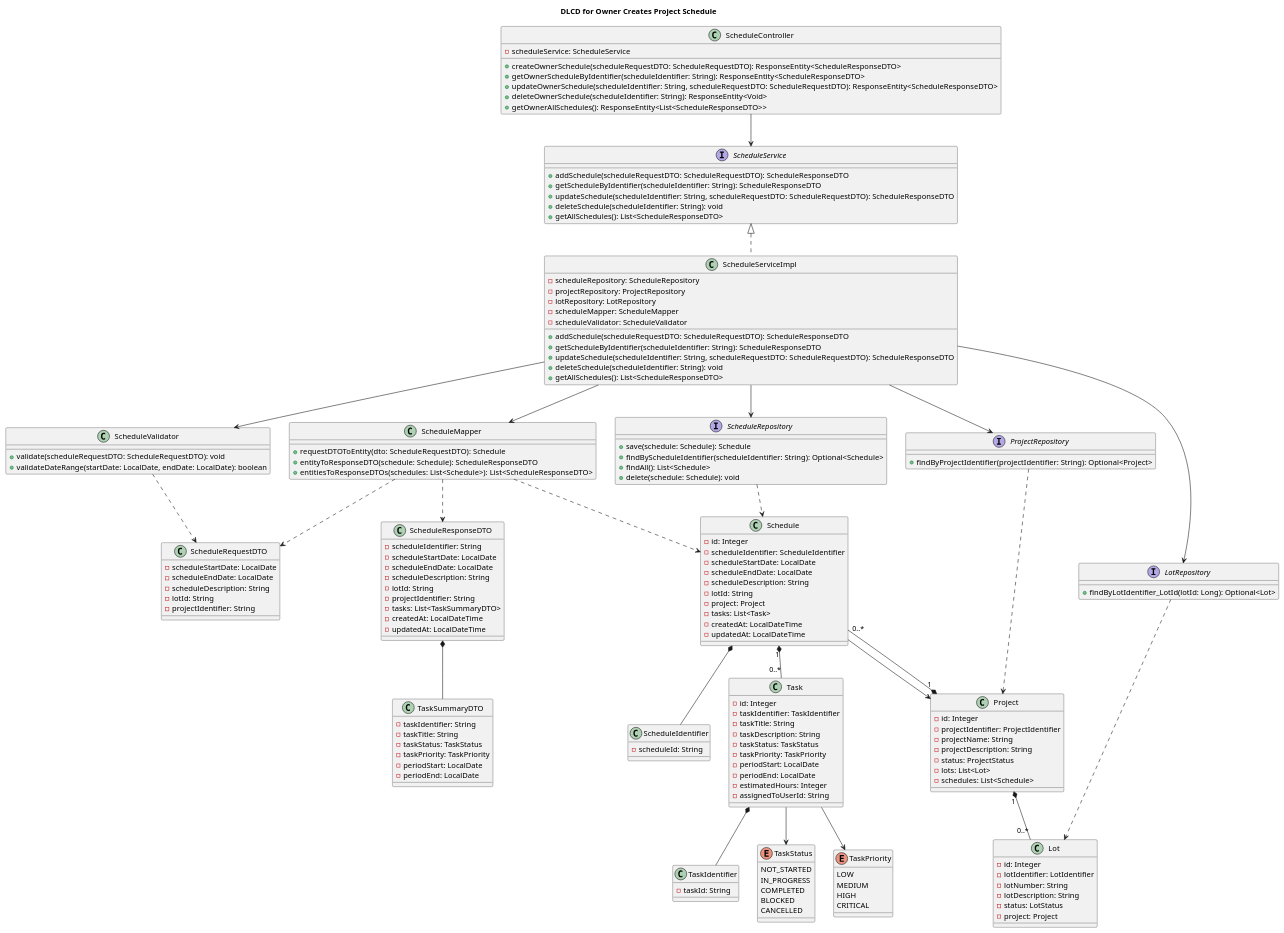
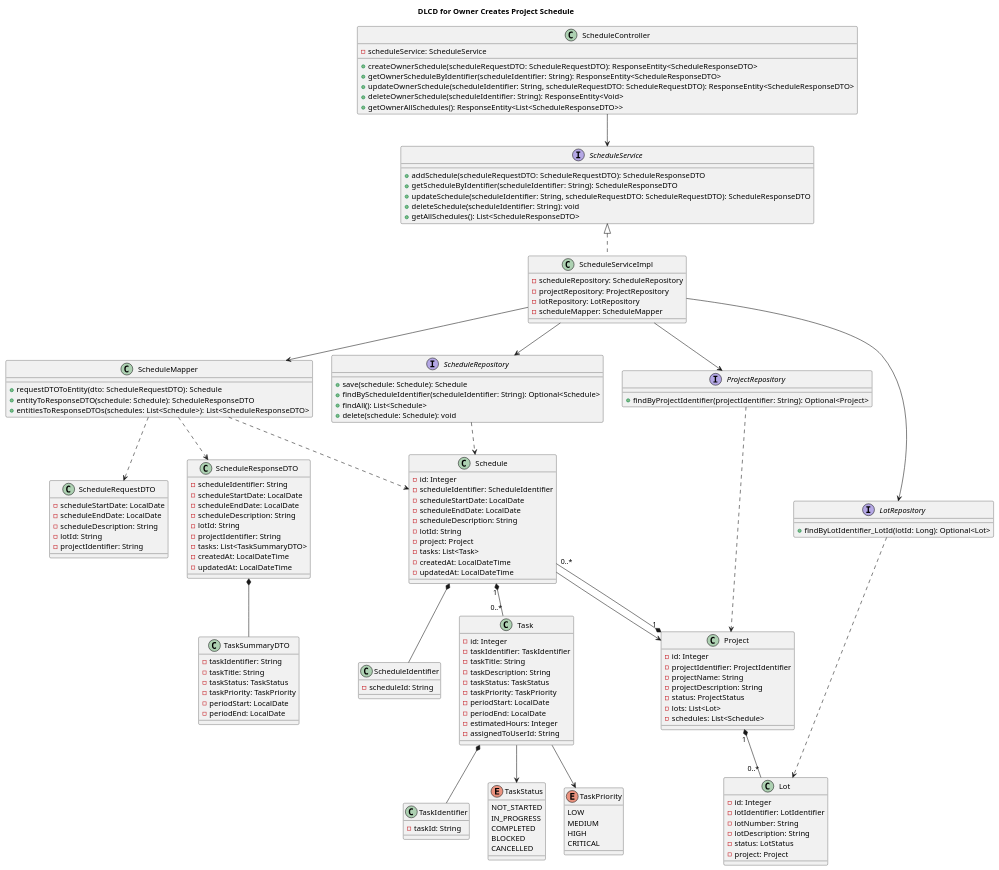
Before and after one commit to LCDCI/Les-Constructions-Dominic-Cyr: the diagram in Diagrams/UML_codes/DLCD/DLCD_Owner_Creates_Project_Schedule.puml, drawn with PlantUML. The commit also changed 5 other files, not shown here.

Commit message:
diagram updated

```diff
--- a/Diagrams/UML_codes/DLCD/DLCD_Owner_Creates_Project_Schedule.puml
+++ b/Diagrams/UML_codes/DLCD/DLCD_Owner_Creates_Project_Schedule.puml
@@ -1,184 +1,171 @@
 @startuml
 title DLCD for Owner Creates Project Schedule
 
 class ScheduleController {
     - scheduleService: ScheduleService
     + createOwnerSchedule(scheduleRequestDTO: ScheduleRequestDTO): ResponseEntity<ScheduleResponseDTO>
     + getOwnerScheduleByIdentifier(scheduleIdentifier: String): ResponseEntity<ScheduleResponseDTO>
     + updateOwnerSchedule(scheduleIdentifier: String, scheduleRequestDTO: ScheduleRequestDTO): ResponseEntity<ScheduleResponseDTO>
     + deleteOwnerSchedule(scheduleIdentifier: String): ResponseEntity<Void>
     + getOwnerAllSchedules(): ResponseEntity<List<ScheduleResponseDTO>>
 }
 
 interface ScheduleService {
     + addSchedule(scheduleRequestDTO: ScheduleRequestDTO): ScheduleResponseDTO
     + getScheduleByIdentifier(scheduleIdentifier: String): ScheduleResponseDTO
     + updateSchedule(scheduleIdentifier: String, scheduleRequestDTO: ScheduleRequestDTO): ScheduleResponseDTO
     + deleteSchedule(scheduleIdentifier: String): void
     + getAllSchedules(): List<ScheduleResponseDTO>
 }
 
 class ScheduleServiceImpl implements ScheduleService {
     - scheduleRepository: ScheduleRepository
     - projectRepository: ProjectRepository
     - lotRepository: LotRepository
     - scheduleMapper: ScheduleMapper
-    - scheduleValidator: ScheduleValidator
-    + addSchedule(scheduleRequestDTO: ScheduleRequestDTO): ScheduleResponseDTO
-    + getScheduleByIdentifier(scheduleIdentifier: String): ScheduleResponseDTO
-    + updateSchedule(scheduleIdentifier: String, scheduleRequestDTO: ScheduleRequestDTO): ScheduleResponseDTO
-    + deleteSchedule(scheduleIdentifier: String): void
-    + getAllSchedules(): List<ScheduleResponseDTO>
-}
-
-class ScheduleValidator {
-    + validate(scheduleRequestDTO: ScheduleRequestDTO): void
-    + validateDateRange(startDate: LocalDate, endDate: LocalDate): boolean
 }
 
 class ScheduleMapper {
     + requestDTOToEntity(dto: ScheduleRequestDTO): Schedule
     + entityToResponseDTO(schedule: Schedule): ScheduleResponseDTO
     + entitiesToResponseDTOs(schedules: List<Schedule>): List<ScheduleResponseDTO>
 }
 
 class ScheduleRequestDTO {
     - scheduleStartDate: LocalDate
     - scheduleEndDate: LocalDate
     - scheduleDescription: String
     - lotId: String
     - projectIdentifier: String
 }
 
 class ScheduleResponseDTO {
     - scheduleIdentifier: String
     - scheduleStartDate: LocalDate
     - scheduleEndDate: LocalDate
     - scheduleDescription: String
     - lotId: String
     - projectIdentifier: String
     - tasks: List<TaskSummaryDTO>
     - createdAt: LocalDateTime
     - updatedAt: LocalDateTime
 }
 
 class TaskSummaryDTO {
     - taskIdentifier: String
     - taskTitle: String
     - taskStatus: TaskStatus
     - taskPriority: TaskPriority
     - periodStart: LocalDate
     - periodEnd: LocalDate
 }
 
 class Schedule {
     - id: Integer
     - scheduleIdentifier: ScheduleIdentifier
     - scheduleStartDate: LocalDate
     - scheduleEndDate: LocalDate
     - scheduleDescription: String
     - lotId: String
     - project: Project
     - tasks: List<Task>
     - createdAt: LocalDateTime
     - updatedAt: LocalDateTime
 }
 
 class ScheduleIdentifier {
     - scheduleId: String
 }
 
 class Task {
     - id: Integer
     - taskIdentifier: TaskIdentifier
     - taskTitle: String
     - taskDescription: String
     - taskStatus: TaskStatus
     - taskPriority: TaskPriority
     - periodStart: LocalDate
     - periodEnd: LocalDate
     - estimatedHours: Integer
     - assignedToUserId: String
 }
 
 class TaskIdentifier {
     - taskId: String
 }
 
 enum TaskStatus {
     NOT_STARTED
     IN_PROGRESS
     COMPLETED
     BLOCKED
     CANCELLED
 }
 
 enum TaskPriority {
     LOW
     MEDIUM
     HIGH
     CRITICAL
 }
 
 interface ScheduleRepository {
     + save(schedule: Schedule): Schedule
     + findByScheduleIdentifier(scheduleIdentifier: String): Optional<Schedule>
     + findAll(): List<Schedule>
     + delete(schedule: Schedule): void
 }
 
 interface ProjectRepository {
     + findByProjectIdentifier(projectIdentifier: String): Optional<Project>
 }
 
 interface LotRepository {
     + findByLotIdentifier_LotId(lotId: Long): Optional<Lot>
 }
 
 class Project {
     - id: Integer
     - projectIdentifier: ProjectIdentifier
     - projectName: String
     - projectDescription: String
     - status: ProjectStatus
     - lots: List<Lot>
     - schedules: List<Schedule>
 }
 
 class Lot {
     - id: Integer
     - lotIdentifier: LotIdentifier
     - lotNumber: String
     - lotDescription: String
     - status: LotStatus
     - project: Project
 }
 
 ScheduleController --> ScheduleService
 ScheduleServiceImpl --> ScheduleRepository
 ScheduleServiceImpl --> ProjectRepository
 ScheduleServiceImpl --> LotRepository
 ScheduleServiceImpl --> ScheduleMapper
-ScheduleServiceImpl --> ScheduleValidator
 
 Schedule *-- ScheduleIdentifier
 Schedule "1" *-- "0..*" Task
 Schedule --> Project
 Task *-- TaskIdentifier
 Task --> TaskStatus
 Task --> TaskPriority
 Project "1" *-- "0..*" Lot
 Project "1" *-- "0..*" Schedule
 
 ScheduleRepository ..> Schedule
 ProjectRepository ..> Project
 LotRepository ..> Lot
 
 ScheduleMapper ..> ScheduleRequestDTO
 ScheduleMapper ..> ScheduleResponseDTO
 ScheduleMapper ..> Schedule
-ScheduleValidator ..> ScheduleRequestDTO
 
 ScheduleResponseDTO *-- TaskSummaryDTO
 
 @enduml
```
